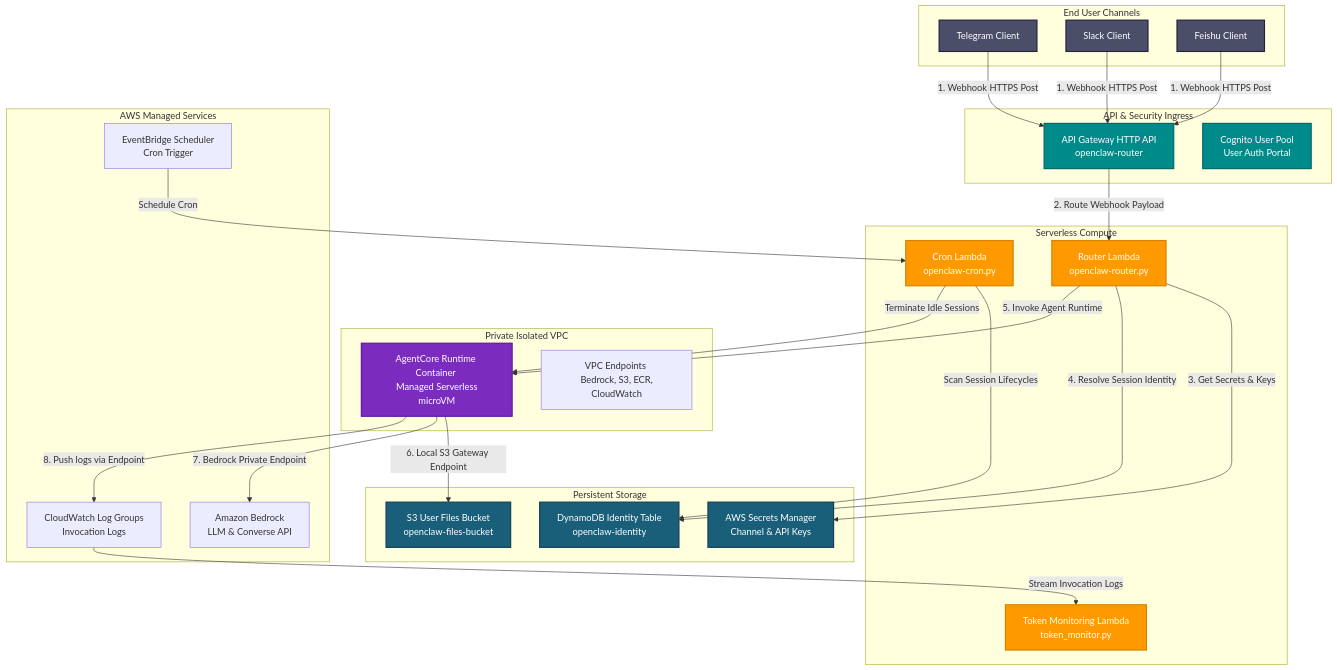
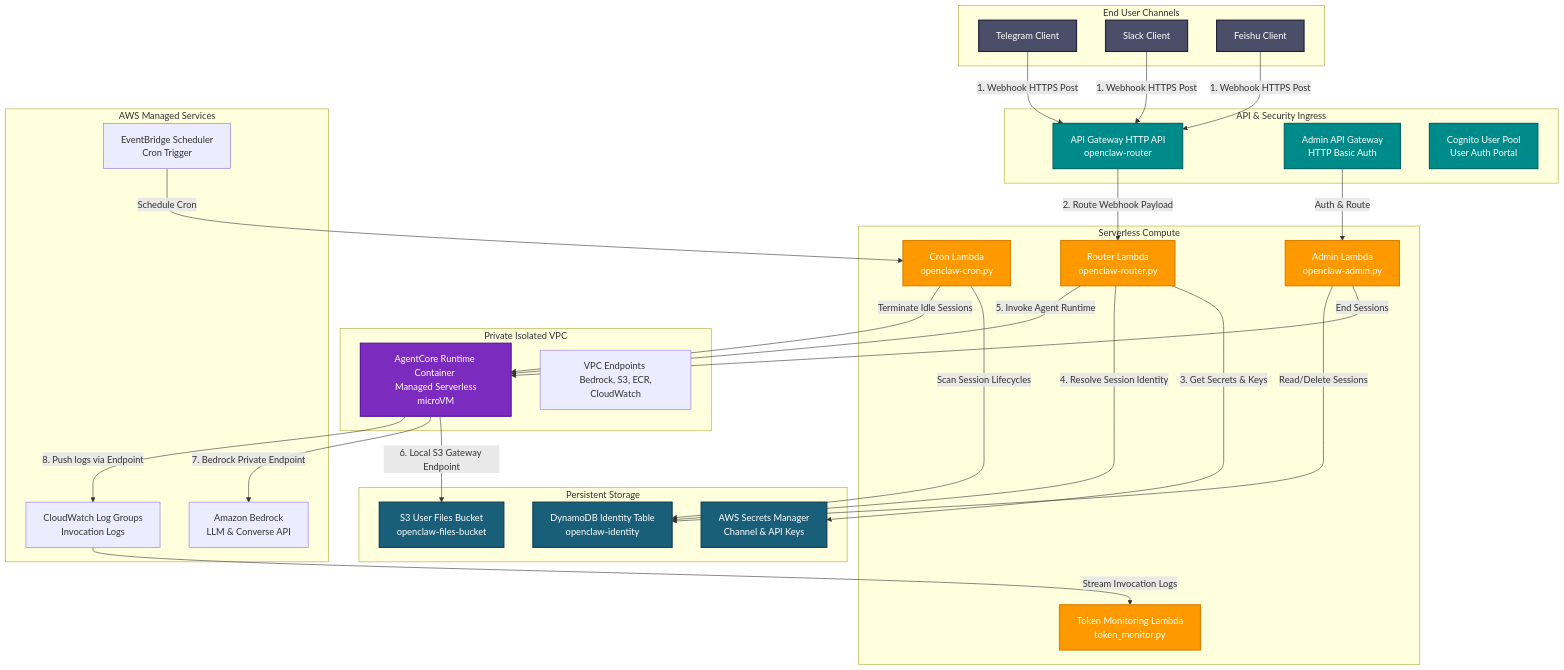
One commit to wongcyrus/sample-host-openclaw-on-amazon-bedrock-agentcore changed the diagram in docs/system_design/diagrams/overall_architecture_topology.mmd. Above: the diagram before and after it, drawn with Mermaid. The commit also changed 1 other file, not shown here.

Commit message:
docs(admin): add Admin Dashboard to system design diagrams

```diff
--- a/docs/system_design/diagrams/overall_architecture_topology.mmd
+++ b/docs/system_design/diagrams/overall_architecture_topology.mmd
@@ -1,69 +1,75 @@
 graph TD
     %% Node Definitions %%
     subgraph Clients [End User Channels]
         Telegram["Telegram Client"]
         Slack["Slack Client"]
         Feishu["Feishu Client"]
     end
 
     subgraph Gateways [API & Security Ingress]
         ApiGateway["API Gateway HTTP API <br> openclaw-router"]
+        AdminApiGateway["Admin API Gateway <br> HTTP Basic Auth"]
         CognitoPool["Cognito User Pool <br> User Auth Portal"]
     end
 
     subgraph Compute [Serverless Compute]
         RouterLambda["Router Lambda <br> openclaw-router.py"]
         CronLambda["Cron Lambda <br> openclaw-cron.py"]
         TokenLambda["Token Monitoring Lambda <br> token_monitor.py"]
+        AdminLambda["Admin Lambda <br> openclaw-admin.py"]
     end
 
     subgraph Storage [Persistent Storage]
         DynamoDb["DynamoDB Identity Table <br> openclaw-identity"]
         S3Bucket["S3 User Files Bucket <br> openclaw-files-bucket"]
         SecretsManager["AWS Secrets Manager <br> Channel & API Keys"]
     end
 
     subgraph VPC [Private Isolated VPC]
         AgentCore["AgentCore Runtime Container <br> Managed Serverless microVM"]
         VpcEndpoints["VPC Endpoints <br> Bedrock, S3, ECR, CloudWatch"]
     end
 
     subgraph AWS [AWS Managed Services]
         Bedrock["Amazon Bedrock <br> LLM & Converse API"]
         EventBridge["EventBridge Scheduler <br> Cron Trigger"]
         CloudWatch["CloudWatch Log Groups <br> Invocation Logs"]
     end
 
     %% Connections %%
     Telegram -->|1. Webhook HTTPS Post| ApiGateway
     Slack -->|1. Webhook HTTPS Post| ApiGateway
     Feishu -->|1. Webhook HTTPS Post| ApiGateway
 
     ApiGateway -->|2. Route Webhook Payload| RouterLambda
     RouterLambda -->|3. Get Secrets & Keys| SecretsManager
     RouterLambda -->|4. Resolve Session Identity| DynamoDb
     RouterLambda -->|5. Invoke Agent Runtime| AgentCore
 
     AgentCore -->|6. Local S3 Gateway Endpoint| S3Bucket
     AgentCore -->|7. Bedrock Private Endpoint| Bedrock
     AgentCore -->|8. Push logs via Endpoint| CloudWatch
 
     EventBridge -->|Schedule Cron| CronLambda
     CronLambda -->|Scan Session Lifecycles| DynamoDb
     CronLambda -->|Terminate Idle Sessions| AgentCore
 
     CloudWatch -->|Stream Invocation Logs| TokenLambda
 
+    AdminApiGateway -->|Auth & Route| AdminLambda
+    AdminLambda -->|End Sessions| AgentCore
+    AdminLambda -->|Read/Delete Sessions| DynamoDb
+
     %% Class Applications %%
-    class RouterLambda,CronLambda,TokenLambda ComputeStyle;
+    class RouterLambda,CronLambda,TokenLambda,AdminLambda ComputeStyle;
     class S3Bucket,DynamoDb,SecretsManager StorageStyle;
-    class ApiGateway,CognitoPool GatewayStyle;
+    class ApiGateway,AdminApiGateway,CognitoPool GatewayStyle;
     class Telegram,Slack,Feishu ClientStyle;
     class AgentCore VPCStyle;
 
     %% Styling Classes %%
     classDef ComputeStyle fill:#FF9900,stroke:#D68100,stroke-width:2px,color:#FFFFFF;
     classDef StorageStyle fill:#1A5F7A,stroke:#103F54,stroke-width:2px,color:#FFFFFF;
     classDef GatewayStyle fill:#008B8B,stroke:#006666,stroke-width:2px,color:#FFFFFF;
     classDef ClientStyle fill:#4A4E69,stroke:#22223B,stroke-width:2px,color:#FFFFFF;
     classDef VPCStyle fill:#7B2CBF,stroke:#5A189A,stroke-width:2px,color:#FFFFFF;
```
